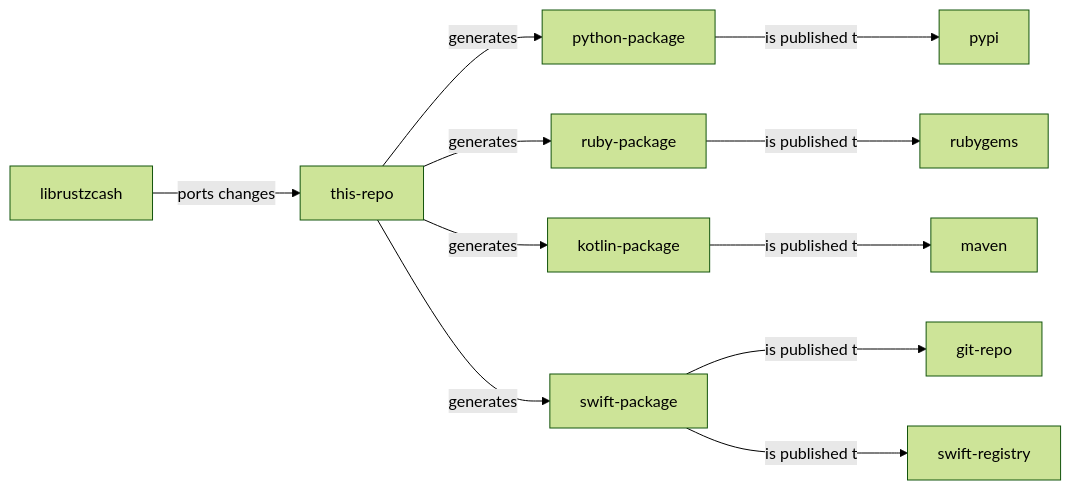
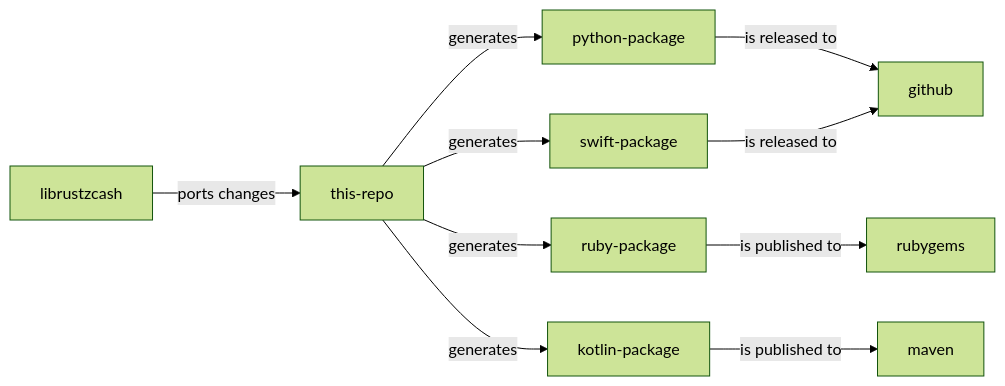
Before and after one commit to eigerco/uniffi-zcash-lib: the diagram in README.md, drawn with Mermaid (forest theme). The commit also changed other lines of this file, not shown here.

````diff
--- a/README.md
+++ b/README.md
@@ -9,10 +9,9 @@
 ```mermaid
 flowchart LR
     librustzcash --ports changes--> this-repo
-    this-repo--generates--> python-package--is published to--> pypi
-    this-repo--generates--> ruby-package--is published to-->rubygems
-    this-repo--generates--> kotlin-package--is published to-->maven
-    this-repo--generates--> swift-package--is published to-->git-repo
-    swift-package--is published to-->swift-registry
+    this-repo--generates--> python-package--is released to --> github
+    this-repo--generates--> ruby-package--is published to --> rubygems
+    this-repo--generates--> kotlin-package--is published to --> maven
+    this-repo--generates--> swift-package--is released to --> github
 
 ```
````
